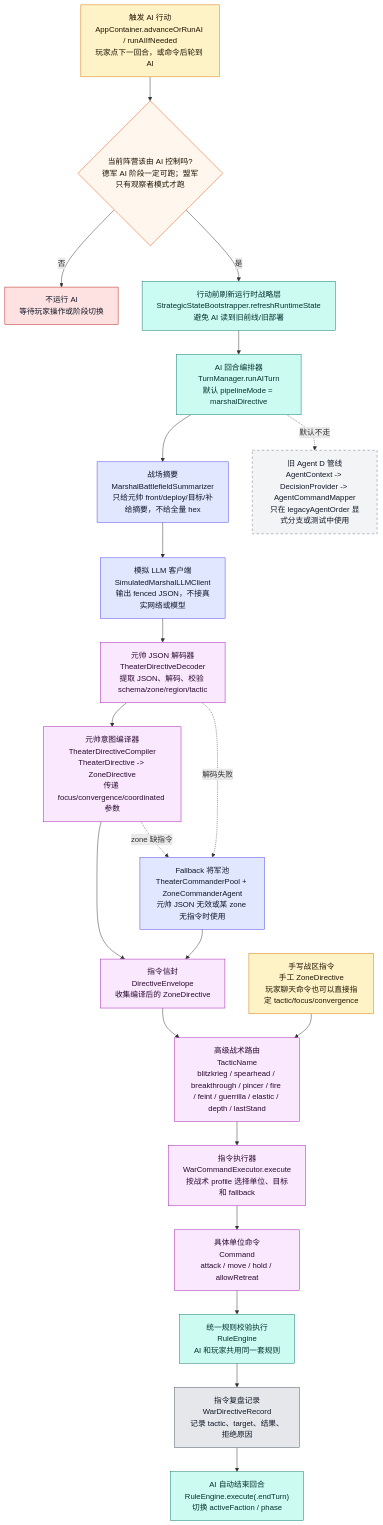
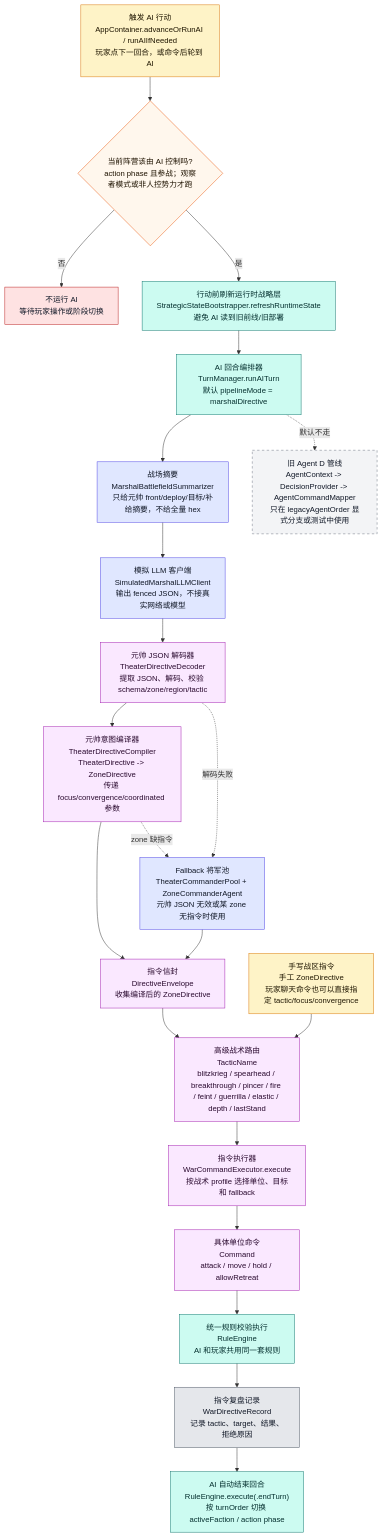
One commit to Altman-sam114/126 changed the fifth of 9 diagrams in md/flow/flowchart.md. Above: the diagram before and after it, drawn with Mermaid. The commit also changed other lines of this file and 44 other files, not shown here.

````diff
--- a/md/flow/flowchart.md
+++ b/md/flow/flowchart.md
@@ -261,43 +264,43 @@
 ```mermaid
 flowchart TD
     START["触发 AI 行动<br/>AppContainer.advanceOrRunAI / runAIIfNeeded<br/>玩家点下一回合，或命令后轮到 AI"]:::input
-    CHECK{"当前阵营该由 AI 控制吗?<br/>德军 AI 阶段一定可跑；盟军只有观察者模式才跑"}:::decision
+    CHECK{"当前阵营该由 AI 控制吗?<br/>action phase 且参战；观察者模式或非人控势力才跑"}:::decision
     STOP["不运行 AI<br/>等待玩家操作或阶段切换"]:::stop
     REFRESH["行动前刷新运行时战略层<br/>StrategicStateBootstrapper.refreshRuntimeState<br/>避免 AI 读到旧前线/旧部署"]:::rules
     TM["AI 回合编排器<br/>TurnManager.runAITurn<br/>默认 pipelineMode = marshalDirective"]:::rules
     SUM["战场摘要<br/>MarshalBattlefieldSummarizer<br/>只给元帅 front/deploy/目标/补给摘要，不给全量 hex"]:::ai
     LLM["模拟 LLM 客户端<br/>SimulatedMarshalLLMClient<br/>输出 fenced JSON，不接真实网络或模型"]:::ai
     DEC["元帅 JSON 解码器<br/>TheaterDirectiveDecoder<br/>提取 JSON、解码、校验 schema/zone/region/tactic"]:::command
     COMP["元帅意图编译器<br/>TheaterDirectiveCompiler<br/>TheaterDirective -> ZoneDirective<br/>传递 focus/convergence/coordinated 参数"]:::command
     ENV["指令信封<br/>DirectiveEnvelope<br/>收集编译后的 ZoneDirective"]:::command
     TACTIC["高级战术路由<br/>TacticName<br/>blitzkrieg / spearhead / breakthrough / pincer / fire / feint / guerrilla / elastic / depth / lastStand"]:::command
     WCE["指令执行器<br/>WarCommandExecutor.execute<br/>按战术 profile 选择单位、目标和 fallback"]:::command
     BOTTOM["具体单位命令<br/>Command<br/>attack / move / hold / allowRetreat"]:::command
     RE["统一规则校验执行<br/>RuleEngine<br/>AI 和玩家共用同一套规则"]:::rules
     RECORD["指令复盘记录<br/>WarDirectiveRecord<br/>记录 tactic、target、结果、拒绝原因"]:::ui
-    END["AI 自动结束回合<br/>RuleEngine.execute(.endTurn)<br/>切换 activeFaction / phase"]:::rules
+    END["AI 自动结束回合<br/>RuleEngine.execute(.endTurn)<br/>按 turnOrder 切换 activeFaction / action phase"]:::rules
 
     START --> CHECK
     CHECK -->|否| STOP
     CHECK -->|是| REFRESH --> TM --> SUM --> LLM --> DEC --> COMP --> ENV
     ENV --> TACTIC --> WCE --> BOTTOM --> RE --> RECORD --> END
 
     FALLBACK["Fallback 将军池<br/>TheaterCommanderPool + ZoneCommanderAgent<br/>元帅 JSON 无效或某 zone 无指令时使用"]:::ai
     DEC -.解码失败.-> FALLBACK --> ENV
     COMP -.zone 缺指令.-> FALLBACK
 
     LEGACY["旧 Agent D 管线<br/>AgentContext -> DecisionProvider -> AgentCommandMapper<br/>只在 legacyAgentOrder 显式分支或测试中使用"]:::legacy
     TM -.默认不走.-> LEGACY
 
     MANUAL["手写战区指令<br/>手工 ZoneDirective<br/>玩家聊天命令也可以直接指定 tactic/focus/convergence"]:::input
     MANUAL --> TACTIC
 
     classDef input fill:#fef3c7,stroke:#d97706,color:#1f1600
     classDef decision fill:#fff7ed,stroke:#ea580c,color:#1f1300
     classDef stop fill:#fee2e2,stroke:#b91c1c,color:#111827
     classDef rules fill:#ccfbf1,stroke:#0f766e,color:#042f2e
     classDef ai fill:#e0e7ff,stroke:#4f46e5,color:#111827
     classDef command fill:#fae8ff,stroke:#a21caf,color:#2a0a2f
     classDef ui fill:#e5e7eb,stroke:#4b5563,color:#111827
     classDef legacy fill:#f3f4f6,stroke:#6b7280,stroke-dasharray:5 5,color:#111827
 ```
````
